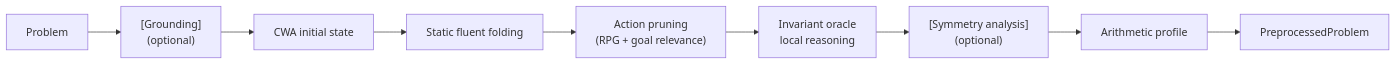
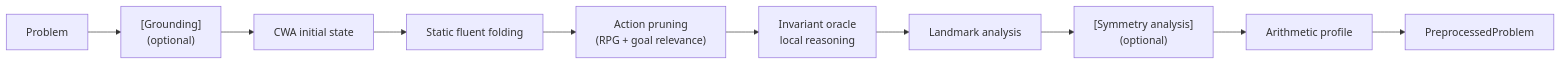
One commit to pyPMT/RanTanPlan changed the first of 3 diagrams in developer-docs/preprocessing-and-strategy.md. Above: the diagram before and after it, drawn with Mermaid. The commit also changed other lines of this file and 5 other files, not shown here.

````diff
--- a/developer-docs/preprocessing-and-strategy.md
+++ b/developer-docs/preprocessing-and-strategy.md
@@ -43,11 +43,12 @@
 ```mermaid
 flowchart LR
     P[Problem] --> A["[Grounding]<br/>(optional)"]
     A --> B[CWA initial state]
     B --> C[Static fluent folding]
     C --> D["Action pruning<br/>(RPG + goal relevance)"]
     D --> E[Invariant oracle<br/>local reasoning]
-    E --> F["[Symmetry analysis]<br/>(optional)"]
+    E --> L[Landmark analysis]
+    L --> F["[Symmetry analysis]<br/>(optional)"]
     F --> G[Arithmetic profile]
     G --> PP[PreprocessedProblem]
 ```
````
